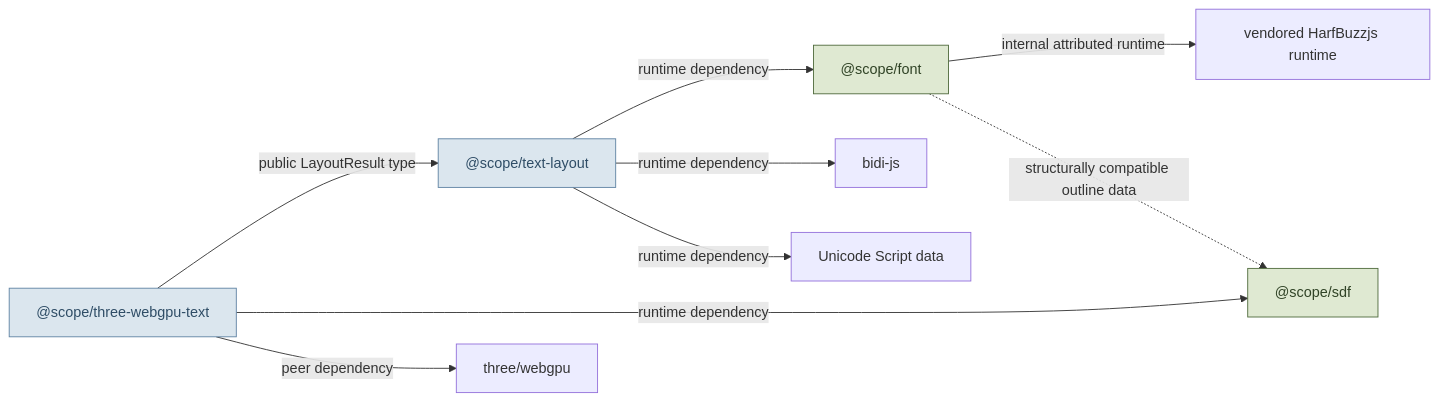
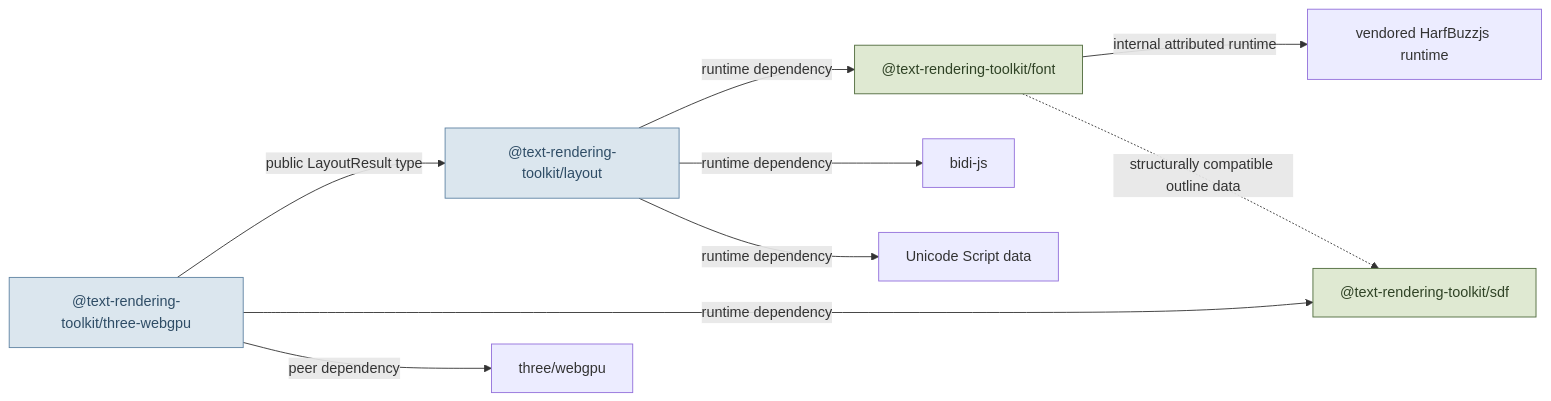
Before and after one commit to julia-script/text-rendering-toolkit: the second of 8 diagrams in ARCHITECTURE.md, drawn with Mermaid. The commit also changed other lines of this file and 140 other files, not shown here.

Commit message:
chore: prepare text rendering toolkit release

````diff
--- a/ARCHITECTURE.md
+++ b/ARCHITECTURE.md
@@ -129,26 +129,26 @@
 ```mermaid
 flowchart LR
-    Font["@scope/font"]
-    Layout["@scope/text-layout"]
-    Sdf["@scope/sdf"]
-    Renderer["@scope/three-webgpu-text"]
+    Font["@text-rendering-toolkit/font"]
+    Layout["@text-rendering-toolkit/layout"]
+    Sdf["@text-rendering-toolkit/sdf"]
+    Renderer["@text-rendering-toolkit/three-webgpu"]
     Three["three/webgpu"]
     Bidi["bidi-js"]
     Script["Unicode Script data"]
     HarfBuzz["vendored HarfBuzzjs runtime"]
 
     Font -->|internal attributed runtime| HarfBuzz
     Layout -->|runtime dependency| Font
     Layout -->|runtime dependency| Bidi
     Layout -->|runtime dependency| Script
     Renderer -->|public LayoutResult type| Layout
     Renderer -->|runtime dependency| Sdf
     Renderer -->|peer dependency| Three
 
     Font -. "structurally compatible outline data" .-> Sdf
 
     classDef leaf fill:#dfe9d2,stroke:#4f6b3c,color:#304326
     classDef compose fill:#dbe6ee,stroke:#5f83a3,color:#2f4d66
     class Font,Sdf leaf
     class Layout,Renderer compose
 ```
````
